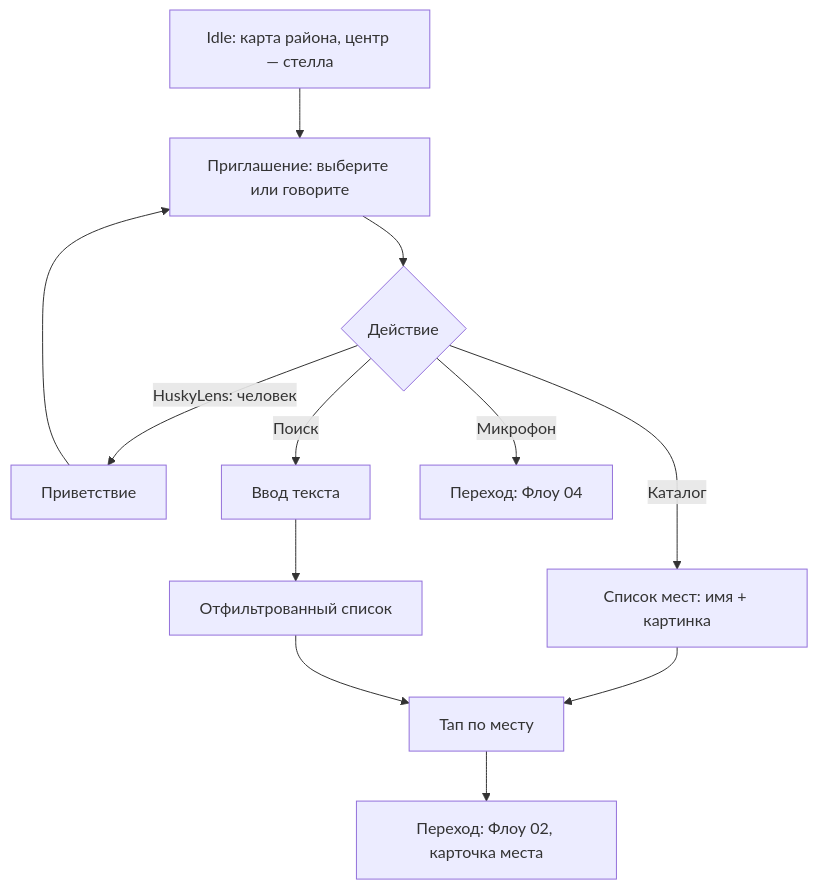
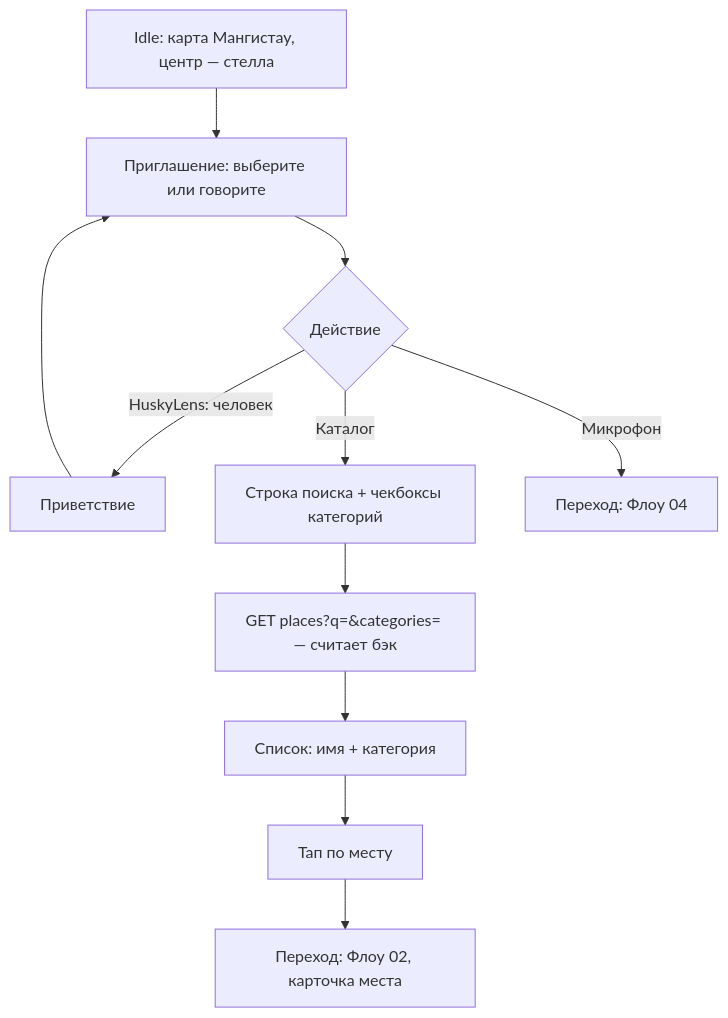
Before and after one commit to Dyman17/Arch: the diagram in docs/flows/01-map-catalog.md, drawn with Mermaid. The commit also changed other lines of this file and 10 other files, not shown here.

Commit message:
docs: BaGdar flows 01-06, api contracts, tech stack, tasks

````diff
--- a/docs/flows/01-map-catalog.md
+++ b/docs/flows/01-map-catalog.md
@@ -9,14 +15,13 @@
 ```mermaid
 flowchart TD
-    A[Idle: карта района, центр — стелла] --> B[Приглашение: выберите или говорите]
+    A[Idle: карта Мангистау, центр — стелла] --> B[Приглашение: выберите или говорите]
     B --> C{Действие}
     C -- HuskyLens: человек --> D[Приветствие]
     D --> B
-    C -- Каталог --> E[Список мест: имя + картинка]
-    C -- Поиск --> F[Ввод текста]
-    F --> G[Отфильтрованный список]
-    E --> H
+    C -- Каталог --> E[Строка поиска + чекбоксы категорий]
+    E --> F[GET places?q=&categories= — считает бэк]
+    F --> G[Список: имя + категория]
     G --> H[Тап по месту]
     H --> I[Переход: Флоу 02, карточка места]
     C -- Микрофон --> J[Переход: Флоу 04]
 ```
````
